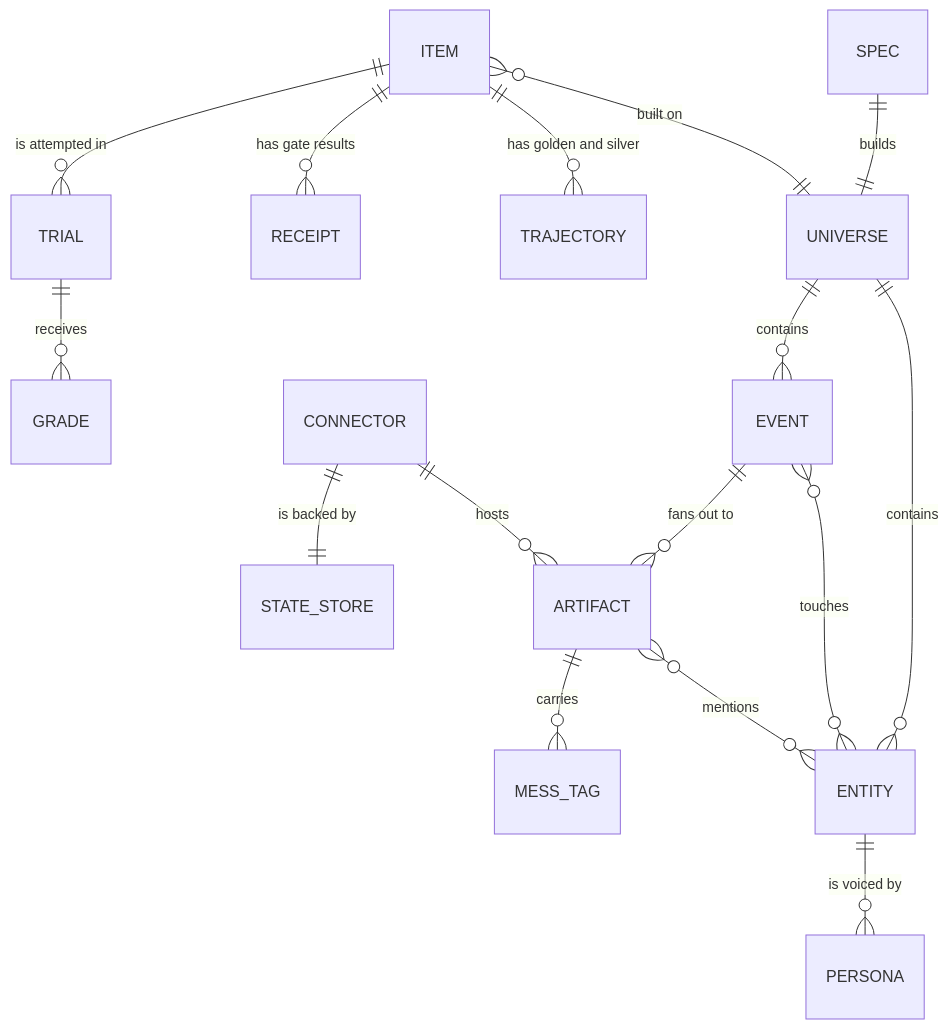
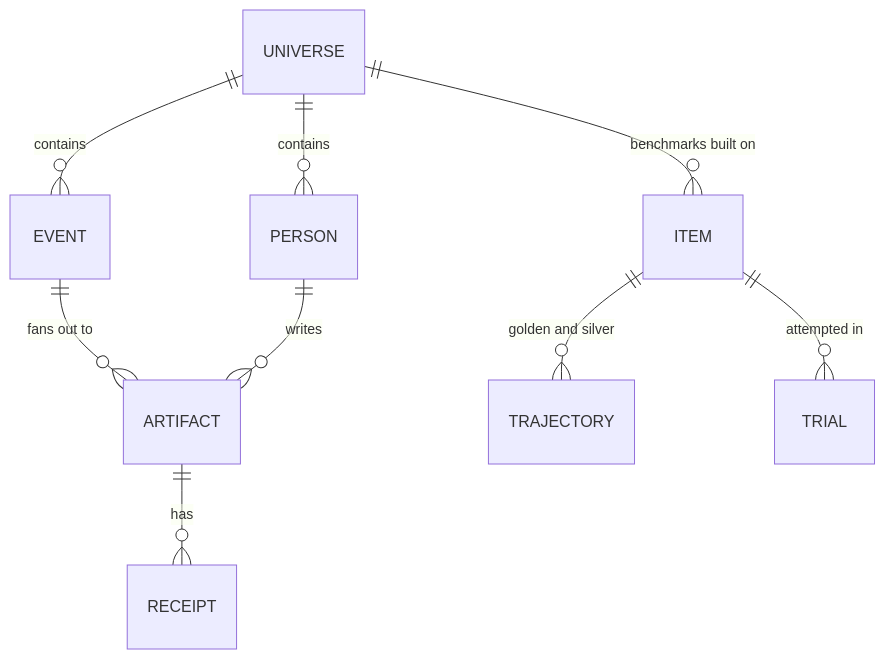
One commit to nbdesai1992/orbifex changed the ninth of 10 diagrams in README.md. Above: the diagram before and after it, drawn with Mermaid. The commit also changed other lines of this file and 6 other files, not shown here.

````diff
--- a/README.md
+++ b/README.md
@@ -512,18 +392,11 @@
 ```mermaid
 erDiagram
-  SPEC ||--|| UNIVERSE : builds
-  UNIVERSE ||--o{ ENTITY : contains
   UNIVERSE ||--o{ EVENT : contains
-  ENTITY ||--o{ PERSONA : "is voiced by"
-  EVENT }o--o{ ENTITY : touches
+  UNIVERSE ||--o{ PERSON : contains
   EVENT ||--o{ ARTIFACT : "fans out to"
-  CONNECTOR ||--o{ ARTIFACT : hosts
-  ARTIFACT }o--o{ ENTITY : mentions
-  ARTIFACT ||--o{ MESS_TAG : carries
-  CONNECTOR ||--|| STATE_STORE : "is backed by"
-  ITEM }o--|| UNIVERSE : "built on"
-  ITEM ||--o{ TRAJECTORY : "has golden and silver"
-  ITEM ||--o{ RECEIPT : "has gate results"
-  ITEM ||--o{ TRIAL : "is attempted in"
-  TRIAL ||--o{ GRADE : receives
+  PERSON ||--o{ ARTIFACT : writes
+  ARTIFACT ||--o{ RECEIPT : has
+  UNIVERSE ||--o{ ITEM : "benchmarks built on"
+  ITEM ||--o{ TRAJECTORY : "golden and silver"
+  ITEM ||--o{ TRIAL : "attempted in"
 ```
````
